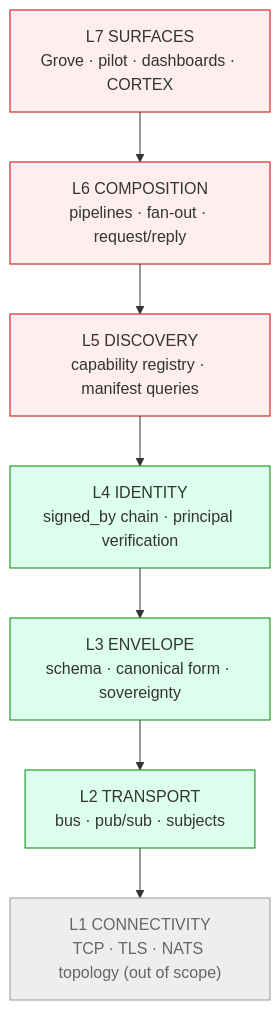
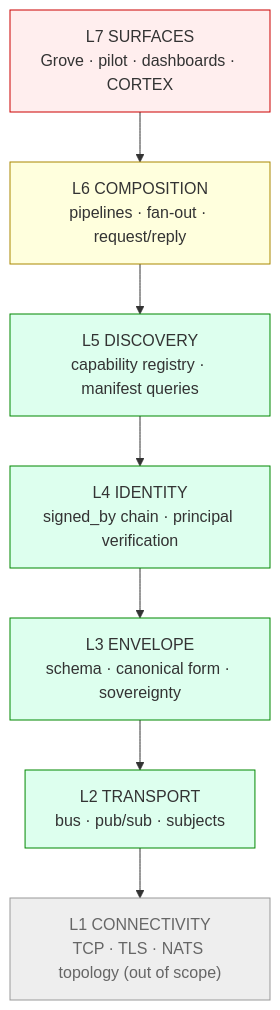
Before and after one commit to the-metafactory/myelin: the diagram in docs/architecture.md, drawn with Mermaid. The commit also changed other lines of this file, not shown here.

First line of the commit message:
docs(architecture): truth about L4/L5/L6 + module coverage (remediation D1) (#198)

````diff
--- a/docs/architecture.md
+++ b/docs/architecture.md
@@ -48,17 +48,19 @@
 ```mermaid
 flowchart TB
   L7["L7 SURFACES<br/>Grove · pilot · dashboards · CORTEX"]
   L6["L6 COMPOSITION<br/>pipelines · fan-out · request/reply"]
   L5["L5 DISCOVERY<br/>capability registry · manifest queries"]
   L4["L4 IDENTITY<br/>signed_by chain · principal verification"]
   L3["L3 ENVELOPE<br/>schema · canonical form · sovereignty"]
   L2["L2 TRANSPORT<br/>bus · pub/sub · subjects"]
   L1["L1 CONNECTIVITY<br/>TCP · TLS · NATS topology (out of scope)"]
   L7 --> L6 --> L5 --> L4 --> L3 --> L2 --> L1
   classDef oos fill:#eee,stroke:#999,color:#666;
   classDef impl fill:#dfe,stroke:#080;
+  classDef partial fill:#ffd,stroke:#a80;
   classDef pend fill:#fee,stroke:#c00;
   class L1 oos;
-  class L2,L3,L4 impl;
-  class L5,L6,L7 pend;
+  class L2,L3,L4,L5 impl;
+  class L6 partial;
+  class L7 pend;
 ```
````
